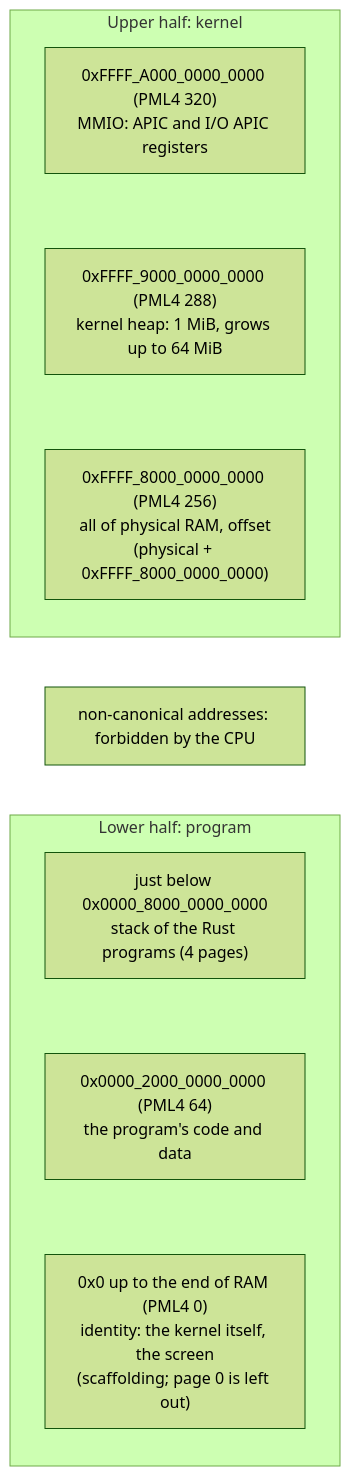
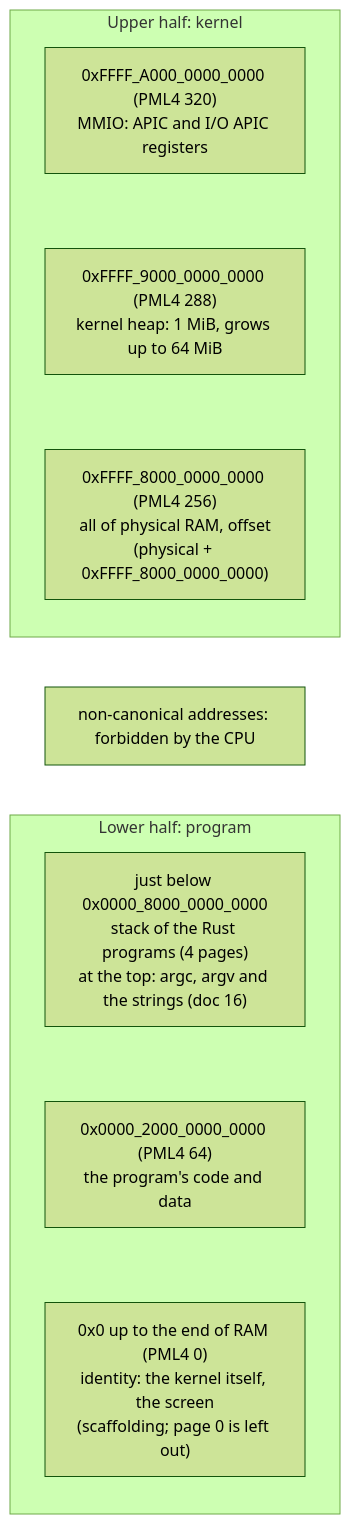
The third of 8 diagrams in docs-en/mapa.md (moises-dev-git/siliconOS), drawn with Mermaid (forest theme) before and after one commit. The commit also changed other lines of this file and 27 other files, not shown here.

````diff
--- a/docs-en/mapa.md
+++ b/docs-en/mapa.md
@@ -184,17 +185,17 @@
 ```mermaid
 flowchart TB
     subgraph ALTA["Upper half: kernel"]
         direction TB
         M3["0xFFFF_A000_0000_0000 (PML4 320)<br/>MMIO: APIC and I/O APIC registers"]
         M2["0xFFFF_9000_0000_0000 (PML4 288)<br/>kernel heap: 1 MiB, grows up to 64 MiB"]
         M1["0xFFFF_8000_0000_0000 (PML4 256)<br/>all of physical RAM, offset<br/>(physical + 0xFFFF_8000_0000_0000)"]
     end
     BURACO["non-canonical addresses: forbidden by the CPU"]
     subgraph BAIXA["Lower half: program"]
         direction TB
-        B3["just below 0x0000_8000_0000_0000<br/>stack of the Rust programs (4 pages)"]
+        B3["just below 0x0000_8000_0000_0000<br/>stack of the Rust programs (4 pages)<br/>at the top: argc, argv and the strings (doc 16)"]
         B2["0x0000_2000_0000_0000 (PML4 64)<br/>the program's code and data"]
         B1["0x0 up to the end of RAM (PML4 0)<br/>identity: the kernel itself, the screen<br/>(scaffolding; page 0 is left out)"]
     end
     M3 ~~~ M2 ~~~ M1 ~~~ BURACO ~~~ B3 ~~~ B2 ~~~ B1
 ```
````
